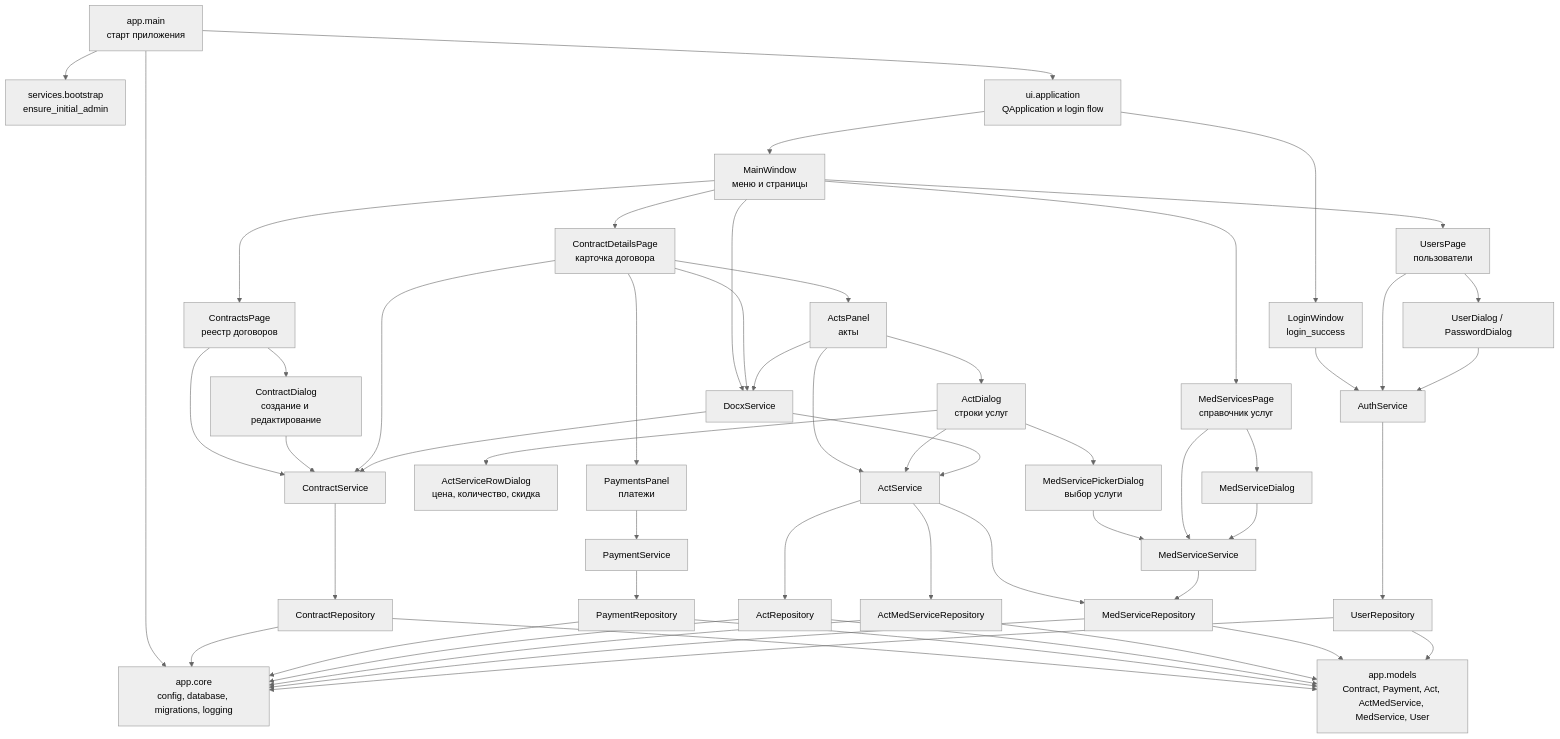
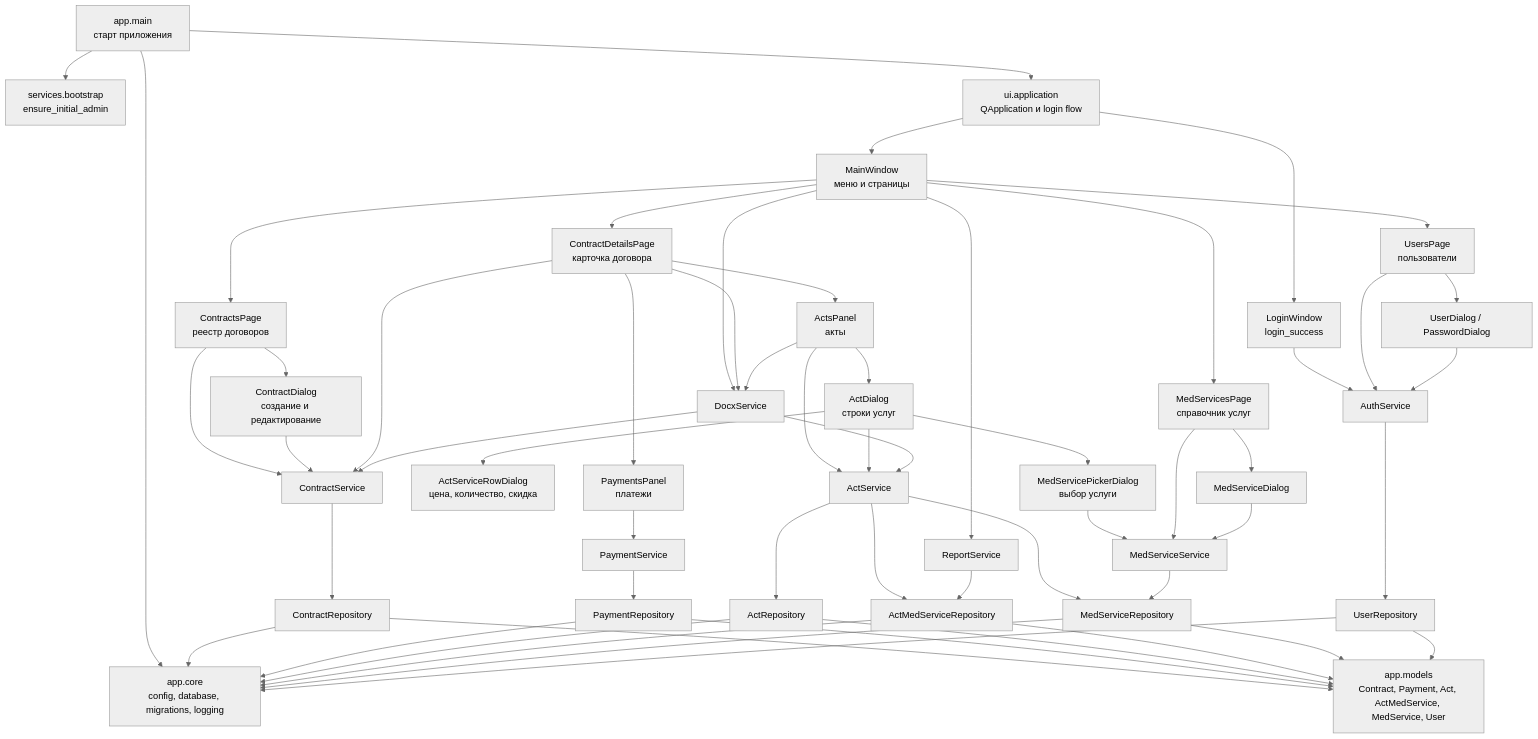
The first of 3 diagrams in docs/developer/module_signal_diagram.md (al3xrz/rd4_desktop), drawn with Mermaid (neutral theme) before and after one commit. The commit also changed other lines of this file and 9 other files, not shown here.

````diff
--- a/docs/developer/module_signal_diagram.md
+++ b/docs/developer/module_signal_diagram.md
@@ -7,62 +7,64 @@
 ```mermaid
 flowchart TB
     main["app.main<br/>старт приложения"] --> core["app.core<br/>config, database, migrations, logging"]
     main --> bootstrap["services.bootstrap<br/>ensure_initial_admin"]
     main --> uiapp["ui.application<br/>QApplication и login flow"]
 
     uiapp --> login["LoginWindow<br/>login_success"]
     login --> auth["AuthService"]
     uiapp --> mainwindow["MainWindow<br/>меню и страницы"]
 
     mainwindow --> contracts["ContractsPage<br/>реестр договоров"]
     mainwindow --> details["ContractDetailsPage<br/>карточка договора"]
     mainwindow --> medpage["MedServicesPage<br/>справочник услуг"]
     mainwindow --> userspage["UsersPage<br/>пользователи"]
 
     contracts --> contractdialog["ContractDialog<br/>создание и редактирование"]
     details --> payments["PaymentsPanel<br/>платежи"]
     details --> acts["ActsPanel<br/>акты"]
     acts --> actdialog["ActDialog<br/>строки услуг"]
     actdialog --> picker["MedServicePickerDialog<br/>выбор услуги"]
     actdialog --> rowdialog["ActServiceRowDialog<br/>цена, количество, скидка"]
     medpage --> meddialog["MedServiceDialog"]
     userspage --> userdialog["UserDialog / PasswordDialog"]
 
     contracts --> contractservice["ContractService"]
     contractdialog --> contractservice
     details --> contractservice
     payments --> paymentservice["PaymentService"]
     acts --> actservice["ActService"]
     actdialog --> actservice
     picker --> medservice["MedServiceService"]
     medpage --> medservice
     meddialog --> medservice
     userspage --> auth
     userdialog --> auth
     mainwindow --> docx["DocxService"]
+    mainwindow --> reportservice["ReportService"]
     details --> docx
     acts --> docx
 
     contractservice --> contractrepo["ContractRepository"]
     paymentservice --> paymentrepo["PaymentRepository"]
     actservice --> actrepo["ActRepository"]
     actservice --> actrowrepo["ActMedServiceRepository"]
     actservice --> medrepo["MedServiceRepository"]
     medservice --> medrepo
     auth --> userrepo["UserRepository"]
     docx --> contractservice
     docx --> actservice
+    reportservice --> actrowrepo
 
     contractrepo --> models["app.models<br/>Contract, Payment, Act, ActMedService, MedService, User"]
     paymentrepo --> models
     actrepo --> models
     actrowrepo --> models
     medrepo --> models
     userrepo --> models
     contractrepo --> core
     paymentrepo --> core
     actrepo --> core
     actrowrepo --> core
     medrepo --> core
     userrepo --> core
 ```
````
